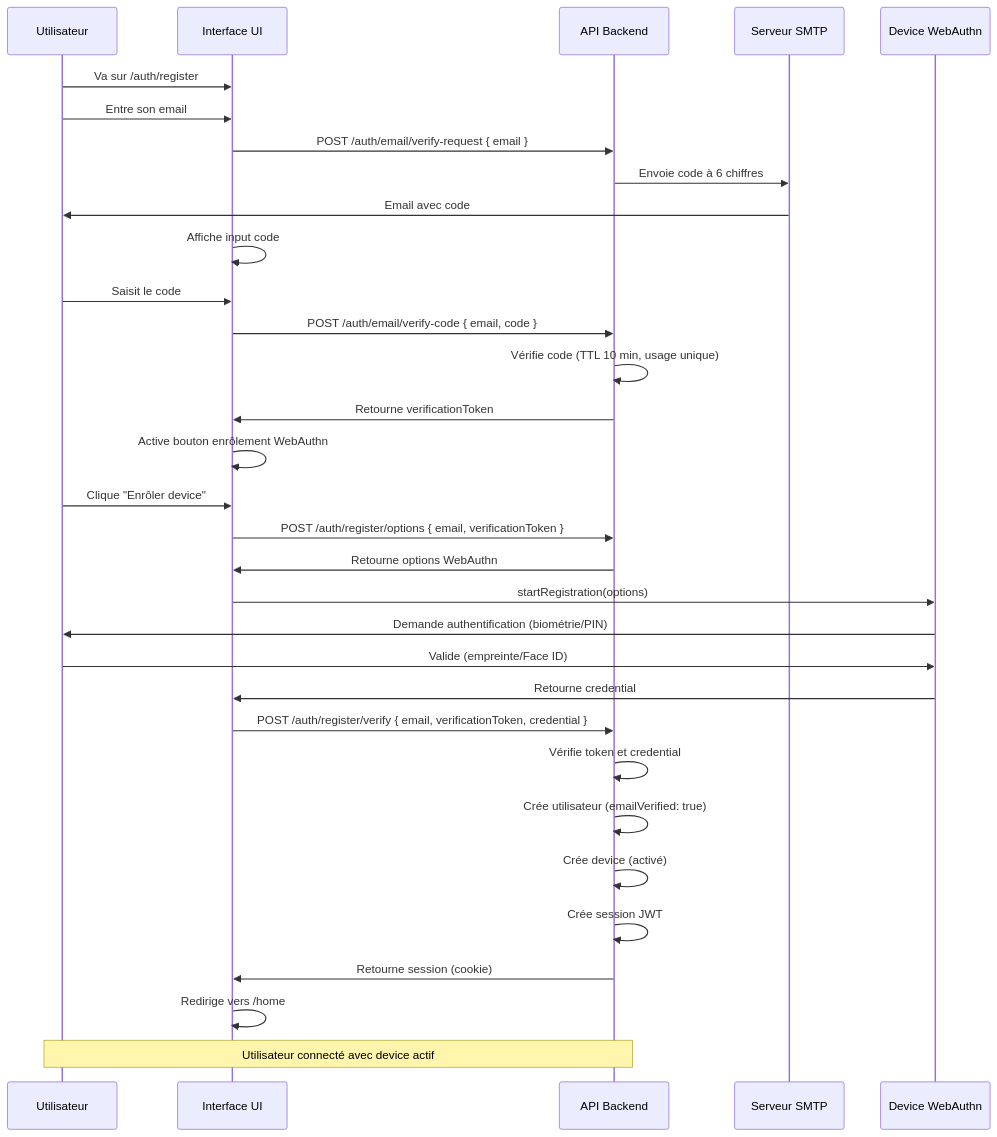
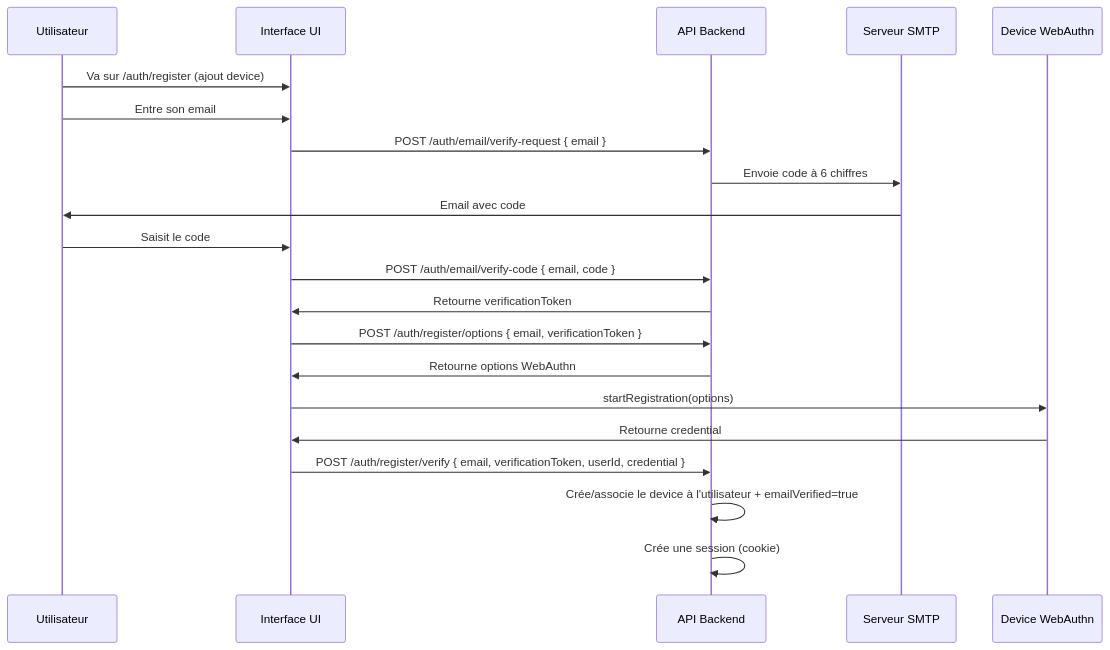
The second of 5 diagrams in spec/WORKFLOW_AUTH.md (rhanka/sentropic), drawn with Mermaid before and after one commit. The commit also changed other lines of this file and 5 other files, not shown here.

````diff
--- a/spec/WORKFLOW_AUTH.md
+++ b/spec/WORKFLOW_AUTH.md
@@ -16,35 +48,24 @@
 ```mermaid
 sequenceDiagram
     participant U as Utilisateur
     participant UI as Interface UI
     participant API as API Backend
     participant SMTP as Serveur SMTP
     participant Device as Device WebAuthn
 
-    U->>UI: Va sur /auth/register
+    U->>UI: Va sur /auth/register (ajout device)
     U->>UI: Entre son email
     UI->>API: POST /auth/email/verify-request { email }
     API->>SMTP: Envoie code à 6 chiffres
     SMTP->>U: Email avec code
-    UI->>UI: Affiche input code
     U->>UI: Saisit le code
     UI->>API: POST /auth/email/verify-code { email, code }
-    API->>API: Vérifie code (TTL 10 min, usage unique)
     API->>UI: Retourne verificationToken
-    UI->>UI: Active bouton enrôlement WebAuthn
-    U->>UI: Clique "Enrôler device"
     UI->>API: POST /auth/register/options { email, verificationToken }
     API->>UI: Retourne options WebAuthn
     UI->>Device: startRegistration(options)
-    Device->>U: Demande authentification (biométrie/PIN)
-    U->>Device: Valide (empreinte/Face ID)
     Device->>UI: Retourne credential
-    UI->>API: POST /auth/register/verify { email, verificationToken, credential }
-    API->>API: Vérifie token et credential
-    API->>API: Crée utilisateur (emailVerified: true)
-    API->>API: Crée device (activé)
-    API->>API: Crée session JWT
-    API->>UI: Retourne session (cookie)
-    UI->>UI: Redirige vers /home
-    Note over U,API: Utilisateur connecté avec device actif
+    UI->>API: POST /auth/register/verify { email, verificationToken, userId, credential }
+    API->>API: Crée/associe le device à l'utilisateur + emailVerified=true
+    API->>API: Crée une session (cookie)
 ```
````
